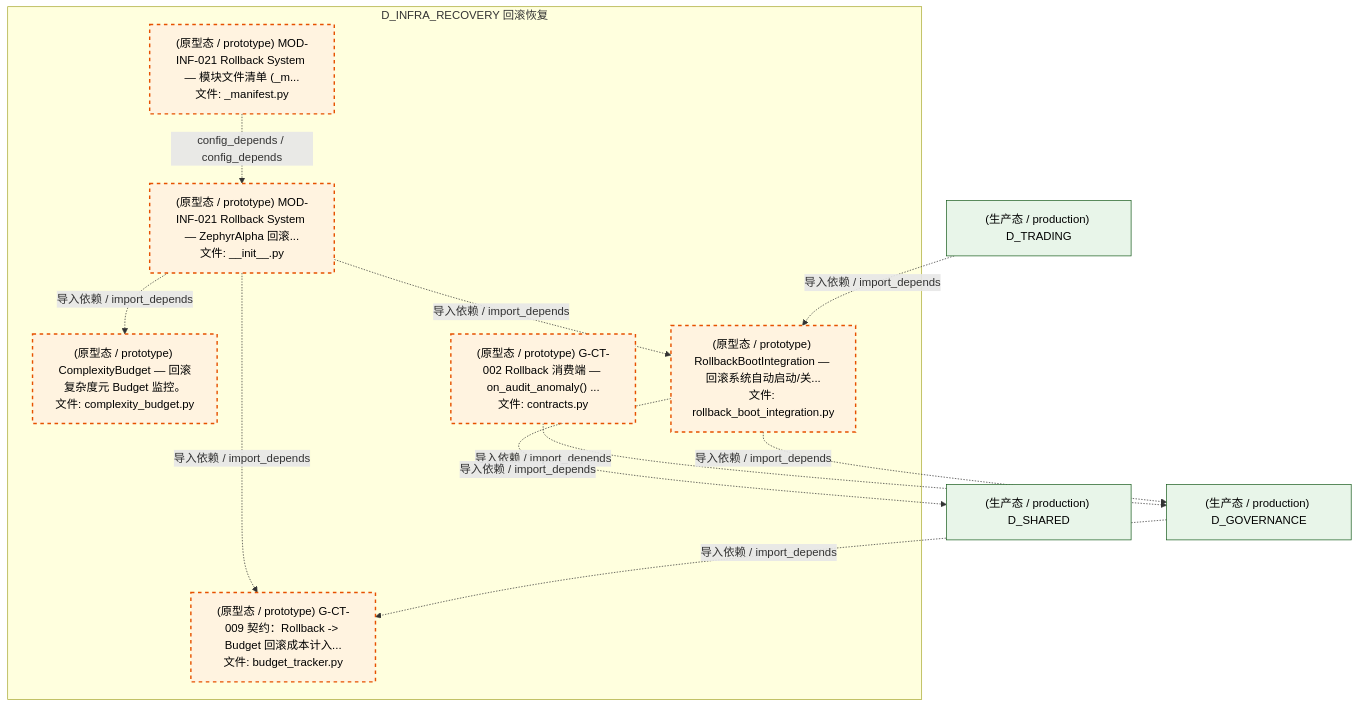
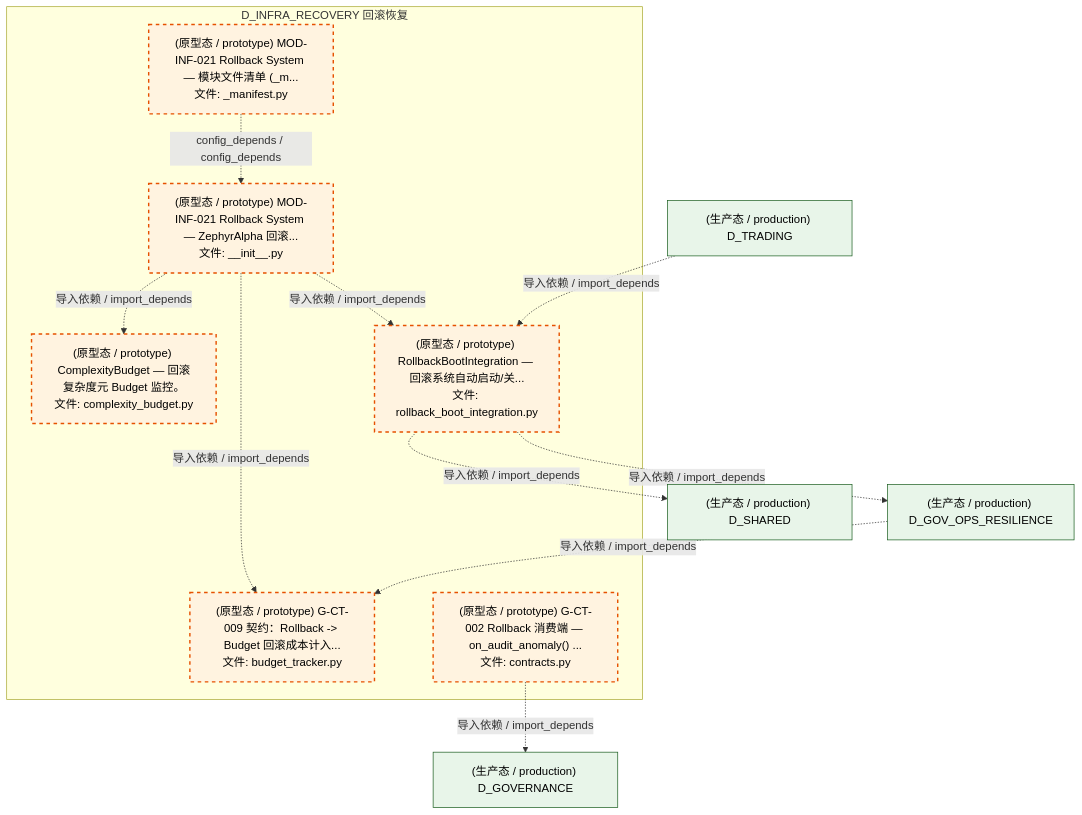
One commit to xuanFelixVan/ZephyrAlpha changed the fourth of 5 diagrams in docs/02_enterprise_architecture/02_domain_architecture_docs/03_d_infra_recovery.md. Above: the diagram before and after it, drawn with Mermaid. The commit also changed other lines of this file and 85 other files, not shown here.

````diff
--- a/docs/02_enterprise_architecture/02_domain_architecture_docs/03_d_infra_recovery.md
+++ b/docs/02_enterprise_architecture/02_domain_architecture_docs/03_d_infra_recovery.md
@@ -413,29 +414,30 @@
 ```mermaid
 graph TD
     subgraph D_INFRA_RECOVERY["D_INFRA_RECOVERY 回滚恢复"]
         src_zephyr_infrastructure_rollback_init_py["(原型态 / prototype) MOD-INF-021 Rollback System — ZephyrAlpha 回滚...<br/>文件: __init__.py"]
         src_zephyr_infrastructure_rollback_manifest_py["(原型态 / prototype) MOD-INF-021 Rollback System — 模块文件清单 (_m...<br/>文件: _manifest.py"]
         src_zephyr_infrastructure_rollback_budget_tracker_py["(原型态 / prototype) G-CT-009 契约：Rollback -> Budget 回滚成本计入...<br/>文件: budget_tracker.py"]
         src_zephyr_infrastructure_rollback_complexity_budget_py["(原型态 / prototype) ComplexityBudget — 回滚复杂度元 Budget 监控。<br/>文件: complexity_budget.py"]
         src_zephyr_infrastructure_rollback_contracts_py["(原型态 / prototype) G-CT-002 Rollback 消费端 — on_audit_anomaly() ...<br/>文件: contracts.py"]
         src_zephyr_infrastructure_rollback_rollback_boot_integration_py["(原型态 / prototype) RollbackBootIntegration — 回滚系统自动启动/关...<br/>文件: rollback_boot_integration.py"]
     end
     src_zephyr_infrastructure_rollback_manifest_py -.->|config_depends / config_depends| src_zephyr_infrastructure_rollback_init_py
     src_zephyr_infrastructure_rollback_init_py -.->|导入依赖 / import_depends| src_zephyr_infrastructure_rollback_budget_tracker_py
     src_zephyr_infrastructure_rollback_init_py -.->|导入依赖 / import_depends| src_zephyr_infrastructure_rollback_complexity_budget_py
     src_zephyr_infrastructure_rollback_init_py -.->|导入依赖 / import_depends| src_zephyr_infrastructure_rollback_rollback_boot_integration_py
     D_GOVERNANCE["(生产态 / production) D_GOVERNANCE"]
     src_zephyr_infrastructure_rollback_contracts_py -.->|导入依赖 / import_depends| D_GOVERNANCE
     D_SHARED["(生产态 / production) D_SHARED"]
     src_zephyr_infrastructure_rollback_rollback_boot_integration_py -.->|导入依赖 / import_depends| D_SHARED
-    src_zephyr_infrastructure_rollback_rollback_boot_integration_py -.->|导入依赖 / import_depends| D_GOVERNANCE
-    D_GOVERNANCE -.->|导入依赖 / import_depends| src_zephyr_infrastructure_rollback_budget_tracker_py
+    D_GOV_OPS_RESILIENCE["(生产态 / production) D_GOV_OPS_RESILIENCE"]
+    src_zephyr_infrastructure_rollback_rollback_boot_integration_py -.->|导入依赖 / import_depends| D_GOV_OPS_RESILIENCE
+    D_GOV_OPS_RESILIENCE -.->|导入依赖 / import_depends| src_zephyr_infrastructure_rollback_budget_tracker_py
     D_TRADING["(生产态 / production) D_TRADING"]
     D_TRADING -.->|导入依赖 / import_depends| src_zephyr_infrastructure_rollback_rollback_boot_integration_py
     classDef production fill:#e1f5fe,stroke:#01579b,stroke-width:2px,color:#000
     classDef design fill:#fff3e0,stroke:#e65100,stroke-width:2px,color:#000,stroke-dasharray: 5 5
     classDef external_prod fill:#e8f5e9,stroke:#1b5e20,stroke-width:1px,color:#000
     classDef external_design fill:#fce4ec,stroke:#880e4f,stroke-width:1px,color:#000,stroke-dasharray: 5 5
     class src_zephyr_infrastructure_rollback_init_py,src_zephyr_infrastructure_rollback_manifest_py,src_zephyr_infrastructure_rollback_budget_tracker_py,src_zephyr_infrastructure_rollback_complexity_budget_py,src_zephyr_infrastructure_rollback_contracts_py,src_zephyr_infrastructure_rollback_rollback_boot_integration_py design
-    class D_GOVERNANCE,D_SHARED,D_TRADING external_prod
+    class D_GOVERNANCE,D_SHARED,D_GOV_OPS_RESILIENCE,D_TRADING external_prod
 ```
````
